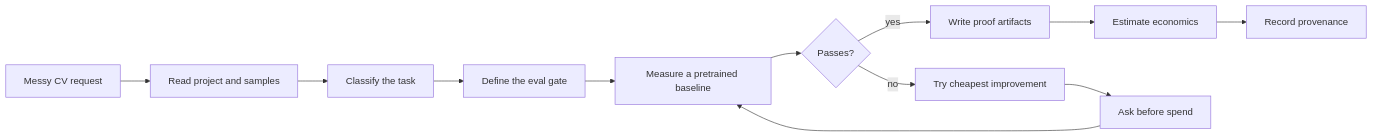
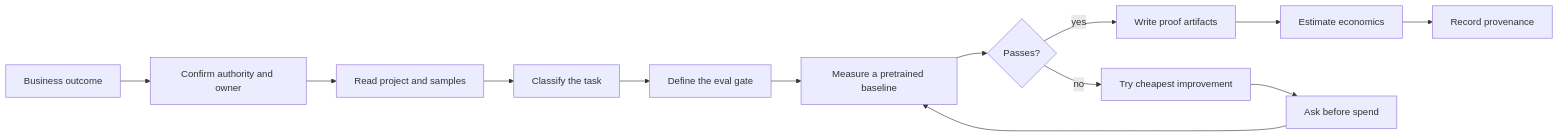
Before and after one commit to Borda/vision-delivery: the diagram in docs/workflow.md, drawn with Mermaid. The commit also changed other lines of this file and 34 other files, not shown here.

````diff
--- a/docs/workflow.md
+++ b/docs/workflow.md
@@ -10,14 +10,15 @@
 ```mermaid
 flowchart LR
-    A[Messy CV request] --> B[Read project and samples]
+    A[Business outcome] --> Z[Confirm authority and owner]
+    Z --> B[Read project and samples]
     B --> C[Classify the task]
     C --> D[Define the eval gate]
     D --> E[Measure a pretrained baseline]
     E --> F{Passes?}
     F -->|yes| G[Write proof artifacts]
     F -->|no| H[Try cheapest improvement]
     H --> I[Ask before spend]
     I --> E
     G --> J[Estimate economics]
     J --> K[Record provenance]
 ```
````
